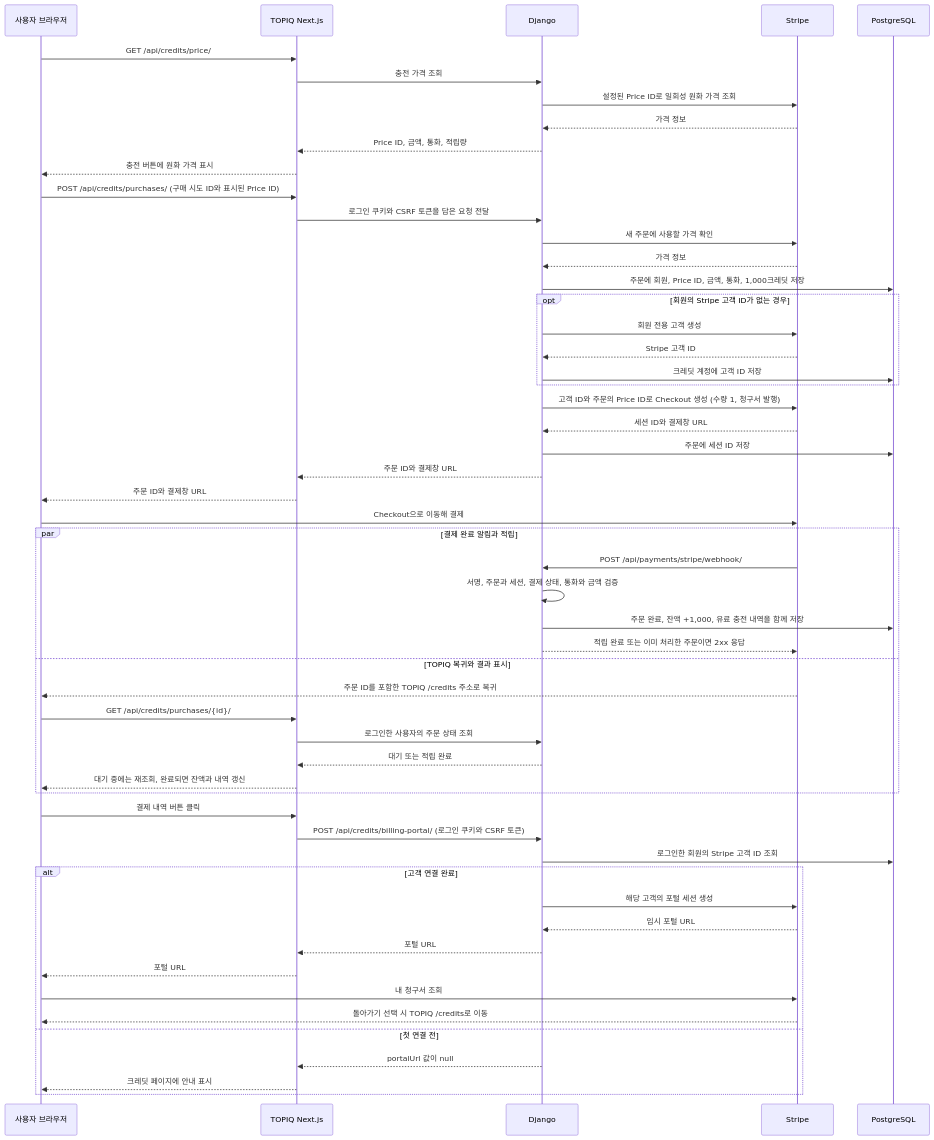
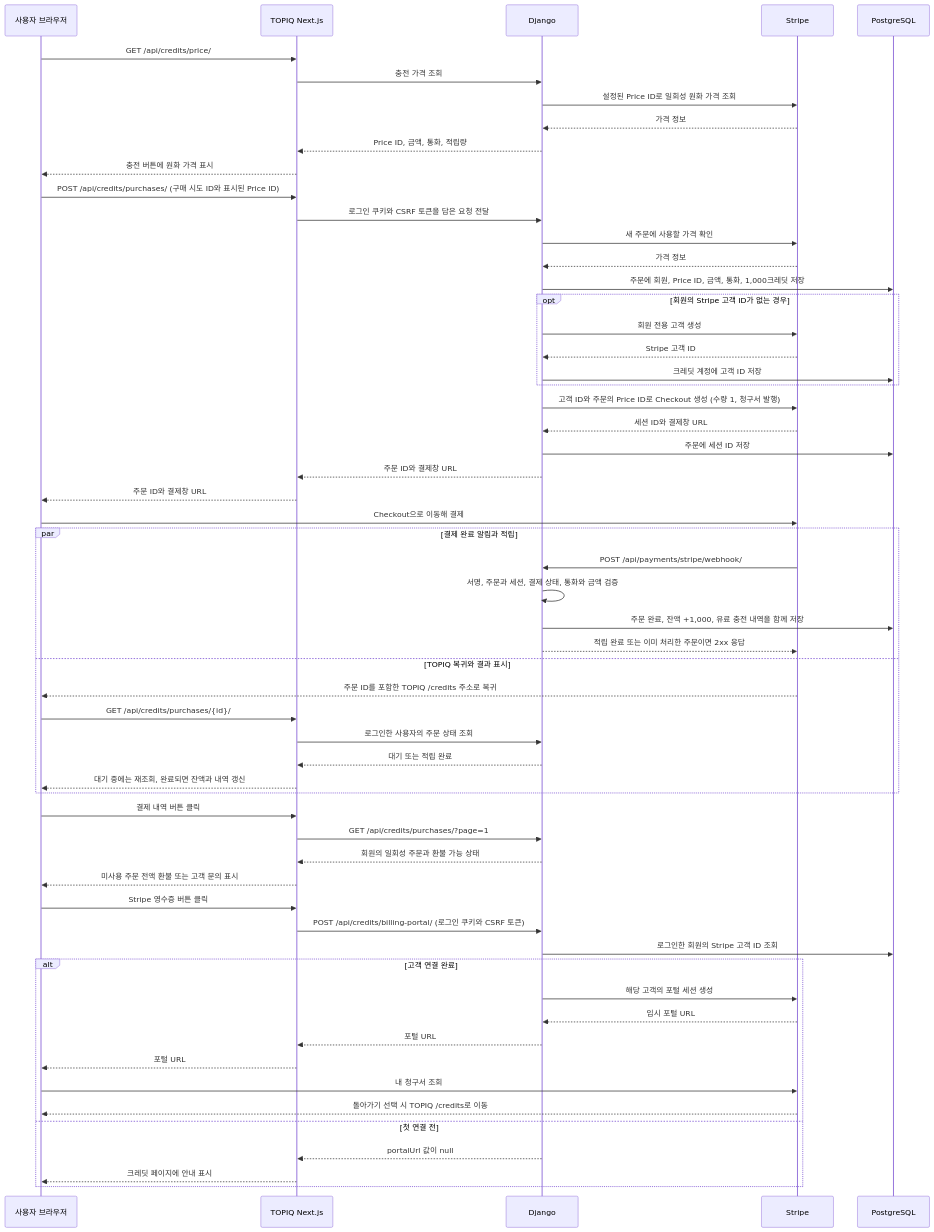
The first of 4 diagrams in docs/stripe-credit-payment-flow.md (OverWindow/UNIGATE-November), drawn with Mermaid before and after one commit. The commit also changed other lines of this file and 28 other files, not shown here.

````diff
--- a/docs/stripe-credit-payment-flow.md
+++ b/docs/stripe-credit-payment-flow.md
@@ -9,59 +9,63 @@
 ```mermaid
 sequenceDiagram
     participant B as 사용자 브라우저
     participant N as TOPIQ Next.js
     participant D as Django
     participant S as Stripe
     participant DB as PostgreSQL
 
     B->>N: GET /api/credits/price/
     N->>D: 충전 가격 조회
     D->>S: 설정된 Price ID로 일회성 원화 가격 조회
     S-->>D: 가격 정보
     D-->>N: Price ID, 금액, 통화, 적립량
     N-->>B: 충전 버튼에 원화 가격 표시
     B->>N: POST /api/credits/purchases/ (구매 시도 ID와 표시된 Price ID)
     N->>D: 로그인 쿠키와 CSRF 토큰을 담은 요청 전달
     D->>S: 새 주문에 사용할 가격 확인
     S-->>D: 가격 정보
     D->>DB: 주문에 회원, Price ID, 금액, 통화, 1,000크레딧 저장
     opt 회원의 Stripe 고객 ID가 없는 경우
         D->>S: 회원 전용 고객 생성
         S-->>D: Stripe 고객 ID
         D->>DB: 크레딧 계정에 고객 ID 저장
     end
     D->>S: 고객 ID와 주문의 Price ID로 Checkout 생성 (수량 1, 청구서 발행)
     S-->>D: 세션 ID와 결제창 URL
     D->>DB: 주문에 세션 ID 저장
     D-->>N: 주문 ID와 결제창 URL
     N-->>B: 주문 ID와 결제창 URL
     B->>S: Checkout으로 이동해 결제
 
     par 결제 완료 알림과 적립
         S->>D: POST /api/payments/stripe/webhook/
         D->>D: 서명, 주문과 세션, 결제 상태, 통화와 금액 검증
         D->>DB: 주문 완료, 잔액 +1,000, 유료 충전 내역을 함께 저장
         D-->>S: 적립 완료 또는 이미 처리한 주문이면 2xx 응답
     and TOPIQ 복귀와 결과 표시
         S-->>B: 주문 ID를 포함한 TOPIQ /credits 주소로 복귀
         B->>N: GET /api/credits/purchases/{id}/
         N->>D: 로그인한 사용자의 주문 상태 조회
         D-->>N: 대기 또는 적립 완료
         N-->>B: 대기 중에는 재조회, 완료되면 잔액과 내역 갱신
     end
 
     B->>N: 결제 내역 버튼 클릭
+    N->>D: GET /api/credits/purchases/?page=1
+    D-->>N: 회원의 일회성 주문과 환불 가능 상태
+    N-->>B: 미사용 주문 전액 환불 또는 고객 문의 표시
+    B->>N: Stripe 영수증 버튼 클릭
     N->>D: POST /api/credits/billing-portal/ (로그인 쿠키와 CSRF 토큰)
     D->>DB: 로그인한 회원의 Stripe 고객 ID 조회
     alt 고객 연결 완료
         D->>S: 해당 고객의 포털 세션 생성
         S-->>D: 임시 포털 URL
         D-->>N: 포털 URL
         N-->>B: 포털 URL
         B->>S: 내 청구서 조회
         S-->>B: 돌아가기 선택 시 TOPIQ /credits로 이동
     else 첫 연결 전
         D-->>N: portalUrl 값이 null
         N-->>B: 크레딧 페이지에 안내 표시
     end
 ```
````
